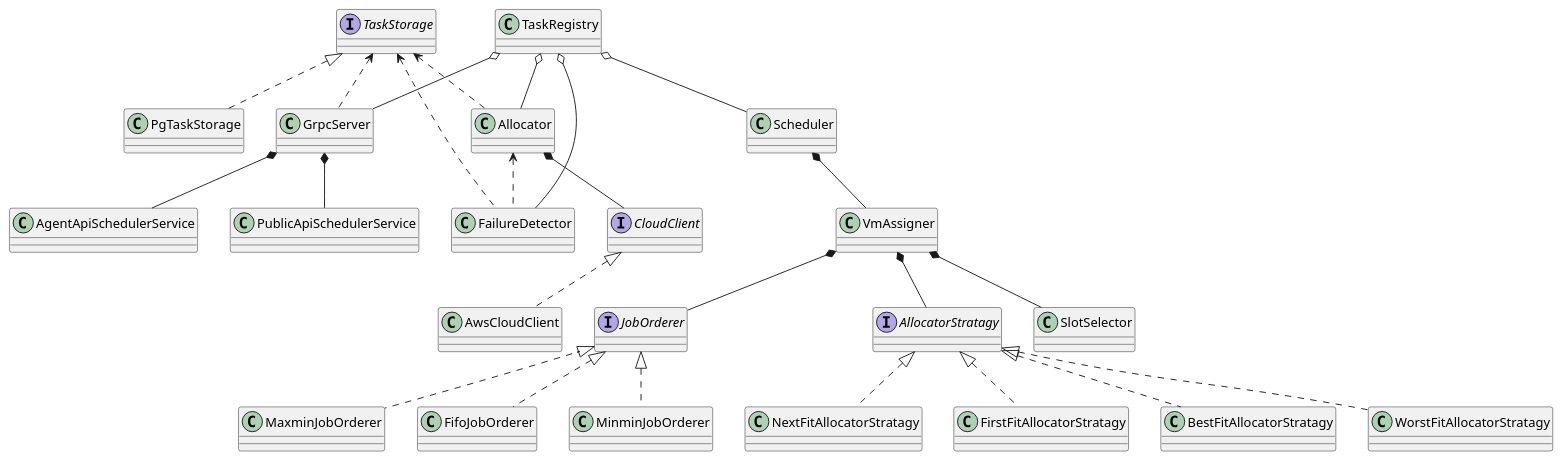
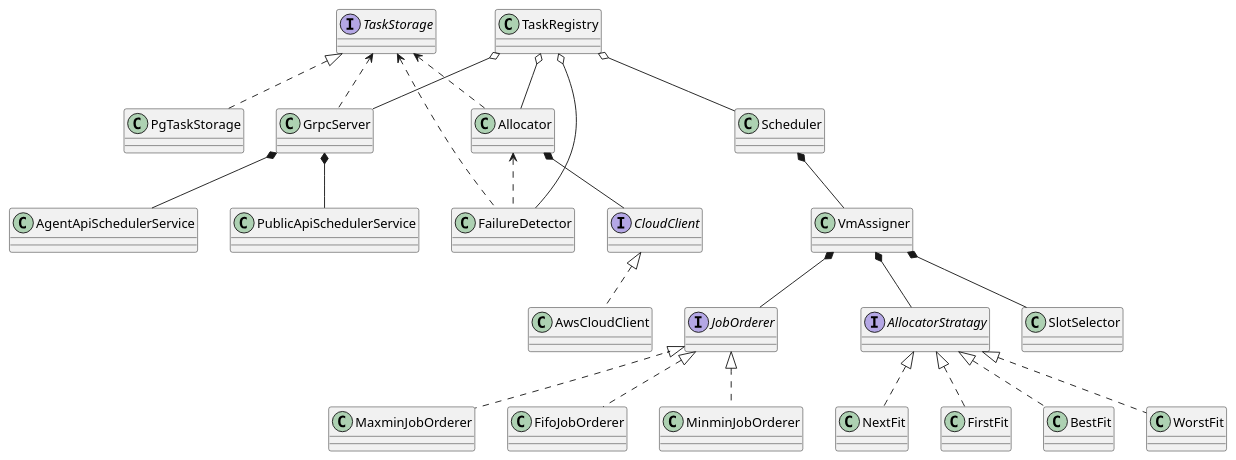
The diagram in docs/uml-diagrams/classes.puml (yutsareva/vm-scheduler), drawn with PlantUML before and after one commit.

```diff
--- a/docs/uml-diagrams/classes.puml
+++ b/docs/uml-diagrams/classes.puml
@@ -1,56 +1,56 @@
 @startuml
 
 interface TaskStorage
 class PgTaskStorage
 TaskStorage <|.. PgTaskStorage
 
 class Allocator
 interface CloudClient
 class AwsCloudClient
 
 Allocator *-- CloudClient
 CloudClient <|.. AwsCloudClient
 TaskStorage <.. Allocator
 
 class Scheduler
 class VmAssigner
 interface JobOrderer
 class FifoJobOrderer
 class MinminJobOrderer
 class MaxminJobOrderer
 interface AllocatorStratagy
-class BestFitAllocatorStratagy
-class WorstFitAllocatorStratagy
-class NextFitAllocatorStratagy
-class FirstFitAllocatorStratagy
+class BestFit
+class WorstFit
+class NextFit
+class FirstFit
 
 Scheduler *-- VmAssigner
 VmAssigner *-- JobOrderer
 JobOrderer <|.. FifoJobOrderer
 JobOrderer <|.. MinminJobOrderer
 JobOrderer <|.. MaxminJobOrderer
 VmAssigner *-- AllocatorStratagy
-AllocatorStratagy <|.. BestFitAllocatorStratagy
-AllocatorStratagy <|.. WorstFitAllocatorStratagy
-AllocatorStratagy <|.. NextFitAllocatorStratagy
-AllocatorStratagy <|.. FirstFitAllocatorStratagy
+AllocatorStratagy <|.. BestFit
+AllocatorStratagy <|.. WorstFit
+AllocatorStratagy <|.. NextFit
+AllocatorStratagy <|.. FirstFit
 VmAssigner *-- SlotSelector
 
 class FailureDetector
 Allocator <.. FailureDetector
 TaskStorage <.. FailureDetector
 
 class GrpcServer
 class AgentApiSchedulerService
 class PublicApiSchedulerService
 TaskStorage <.. GrpcServer
 GrpcServer *-- AgentApiSchedulerService
 GrpcServer *-- PublicApiSchedulerService
 
 class TaskRegistry
 TaskRegistry o-- Allocator
 TaskRegistry o-- Scheduler
 TaskRegistry o-- FailureDetector
 TaskRegistry o-- GrpcServer
 
 @enduml
```
